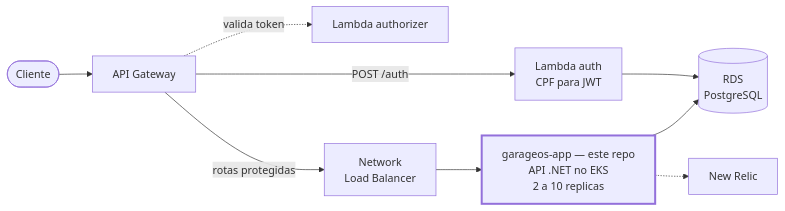
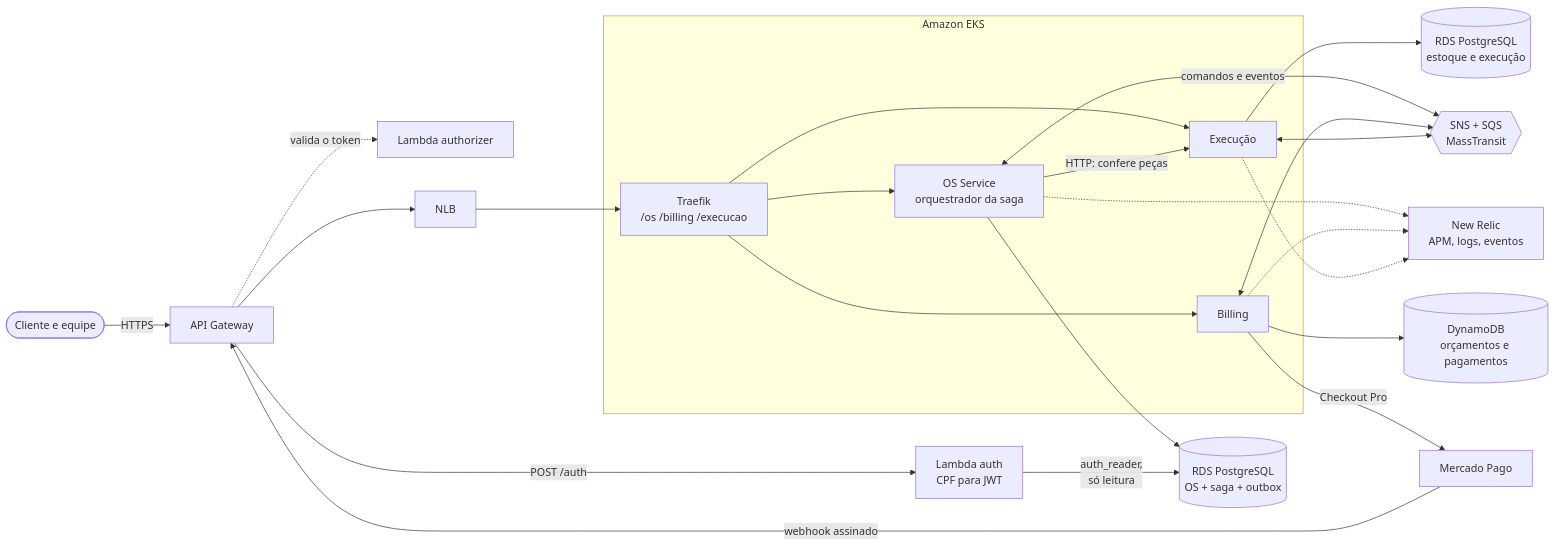
Before and after one commit to TechChallengeFase1/garageos-os-service: the first of 3 diagrams in README.md, drawn with Mermaid. The commit also changed other lines of this file and 7 other files, not shown here.

````diff
--- a/README.md
+++ b/README.md
@@ -64,13 +67,27 @@
 ```mermaid
 flowchart LR
-    C(["Cliente"]) --> GW["API Gateway"]
-    GW -->|"POST /auth"| L["Lambda auth<br/>CPF para JWT"]
-    GW -.->|"valida token"| AZ["Lambda authorizer"]
-    GW -->|"rotas protegidas"| NLB["Network<br/>Load Balancer"]
-    NLB --> API["garageos-app — este repo<br/>API .NET no EKS<br/>2 a 10 replicas"]
-    L --> DB[("RDS<br/>PostgreSQL")]
-    API --> DB
-    API -.-> NR["New Relic"]
+    U(["Cliente e equipe"]) -->|HTTPS| GW["API Gateway"]
+    MP["Mercado Pago"] -->|"webhook assinado"| GW
+    GW -->|"POST /auth"| LA["Lambda auth<br/>CPF para JWT"]
+    GW -.->|"valida o token"| AZ["Lambda authorizer"]
+    LA -->|"auth_reader,<br/>só leitura"| DBOS
+    GW --> NLB["NLB"] --> TR["Traefik<br/>/os /billing /execucao"]
 
-    style API stroke-width:3px
+    subgraph EKS["Amazon EKS"]
+        TR --> OS["OS Service<br/>orquestrador da saga"]
+        TR --> BI["Billing"]
+        TR --> EX["Execução"]
+    end
+
+    OS --> DBOS[("RDS PostgreSQL<br/>OS + saga + outbox")]
+    EX --> DBEX[("RDS PostgreSQL<br/>estoque e execução")]
+    BI --> DY[("DynamoDB<br/>orçamentos e pagamentos")]
+    BI -->|"Checkout Pro"| MP
+    OS -->|"HTTP: confere peças"| EX
+
+    OS <-->|"comandos e eventos"| BUS{{"SNS + SQS<br/>MassTransit"}}
+    BI <--> BUS
+    EX <--> BUS
+
+    OS & BI & EX -.-> NR["New Relic<br/>APM, logs, eventos"]
 ```
````
